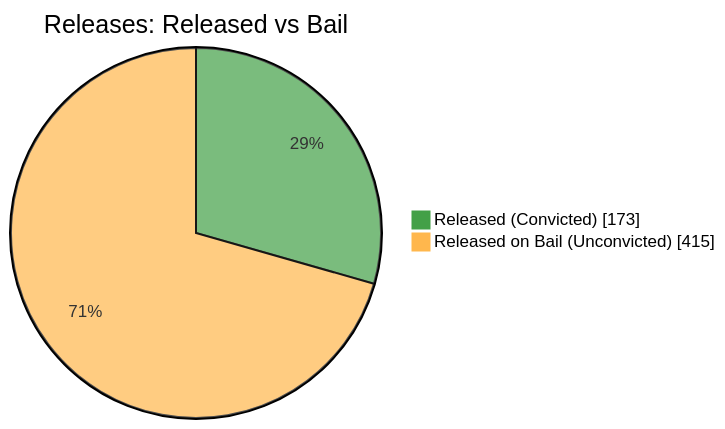
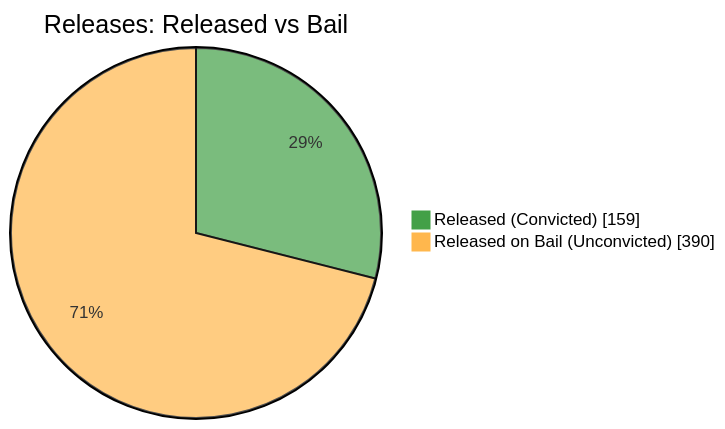
Before and after one commit to nuuuwan/lk_prisons: the fifth of 7 diagrams in README.md, drawn with Mermaid. The commit also changed other lines of this file and 1 other file, not shown here.

````diff
--- a/README.md
+++ b/README.md
@@ -87,6 +87,6 @@
 ```mermaid
 %%{init: {'themeVariables': {'pie1': '#43A047', 'pie2': '#FFB74D'}}}%%
 pie showData title Releases: Released vs Bail
-    "Released (Convicted)" : 173
-    "Released on Bail (Unconvicted)" : 415
+    "Released (Convicted)" : 159
+    "Released on Bail (Unconvicted)" : 390
 ```
````
